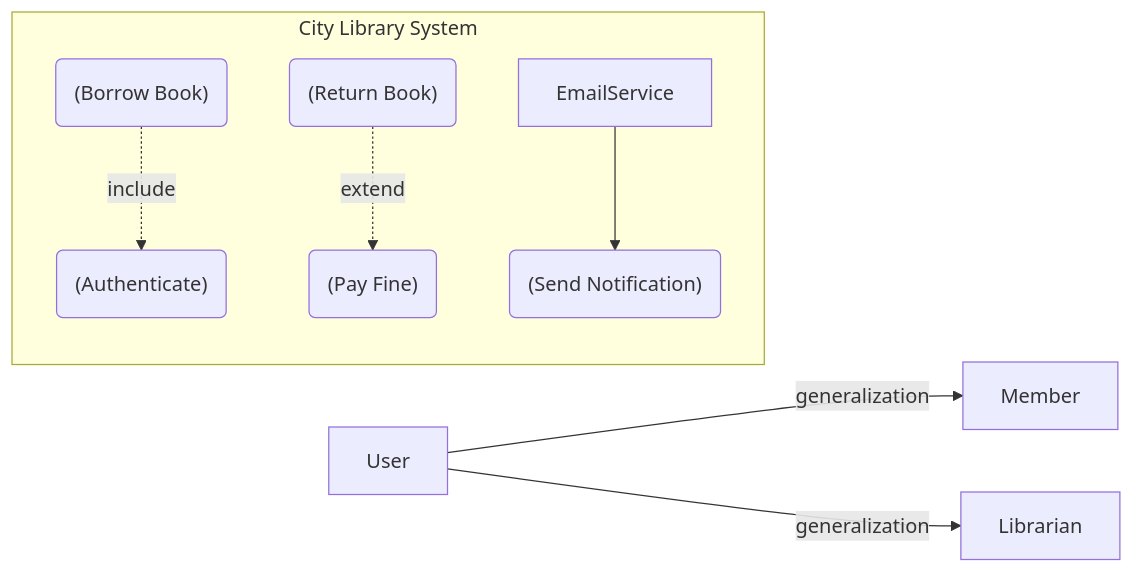
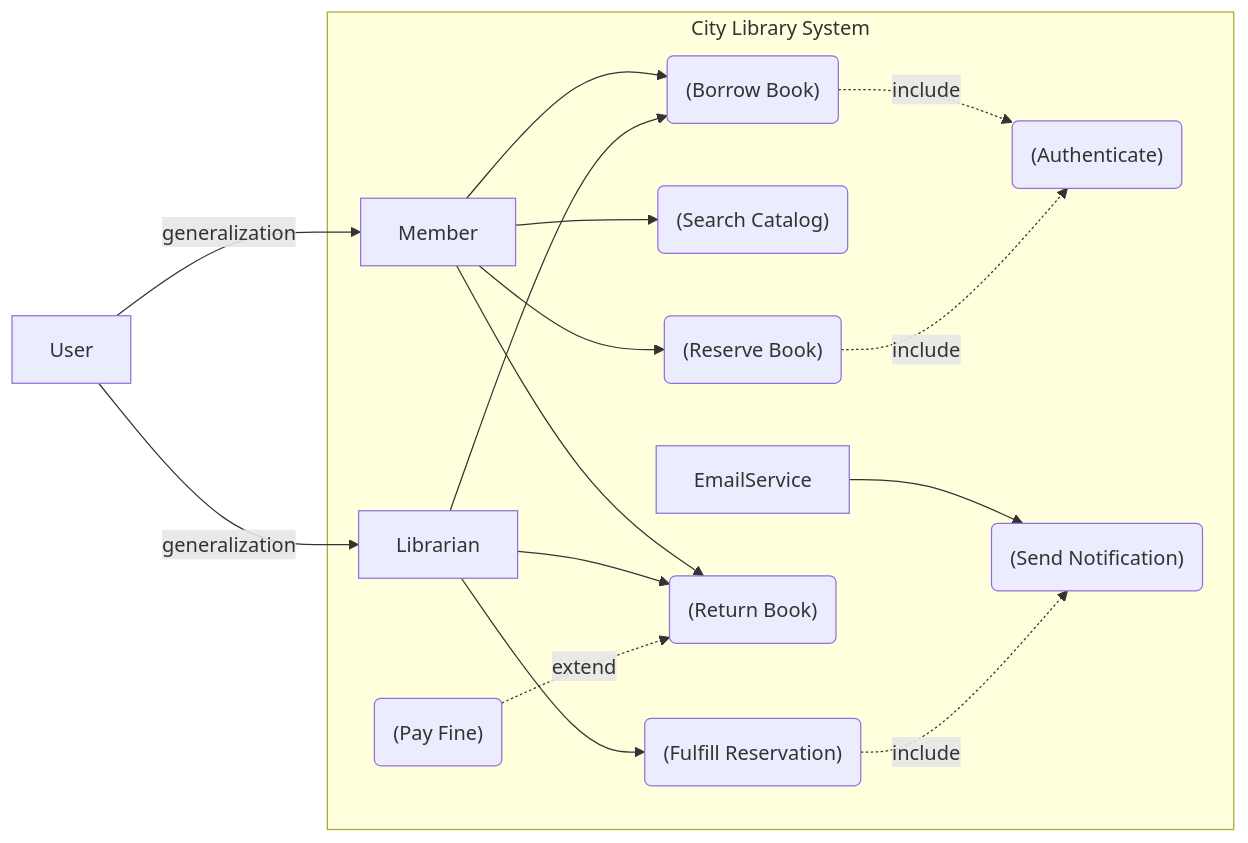
Before and after one commit to Mirroxyz/KPI: the diagram in lab2/use-case.mmd, drawn with Mermaid. The commit also changed 2 other files, not shown here.

Commit message:
fix: restore final audited documents, correct use-case diagram and traceability matrix

```diff
--- a/lab2/use-case.mmd
+++ b/lab2/use-case.mmd
@@ -1,18 +1,36 @@
-%% Лабораторна робота №2 - Use Case діаграма
 flowchart LR
     User["User"]
     Member["Member"]
     Librarian["Librarian"]
     EmailService["EmailService"]
+
     User -->|generalization| Member
     User -->|generalization| Librarian
+
     subgraph System["City Library System"]
         Auth("(Authenticate)")
+        Search("(Search Catalog)")
+        Reserve("(Reserve Book)")
         Borrow("(Borrow Book)")
         Return("(Return Book)")
         Pay("(Pay Fine)")
         Notify("(Send Notification)")
+        Fulfill("(Fulfill Reservation)")
+
+        Member --> Search
+        Member --> Reserve
+        Member --> Borrow
+        Member --> Return
+
+        Librarian --> Borrow
+        Librarian --> Return
+        Librarian --> Fulfill
+
+        EmailService --> Notify
+
         Borrow -. "include" .-> Auth
-        Return -. "extend" .-> Pay
-        EmailService --> Notify
+        Reserve -. "include" .-> Auth
+        Fulfill -. "include" .-> Notify
+        
+        Pay -. "extend" .-> Return
     end
```
